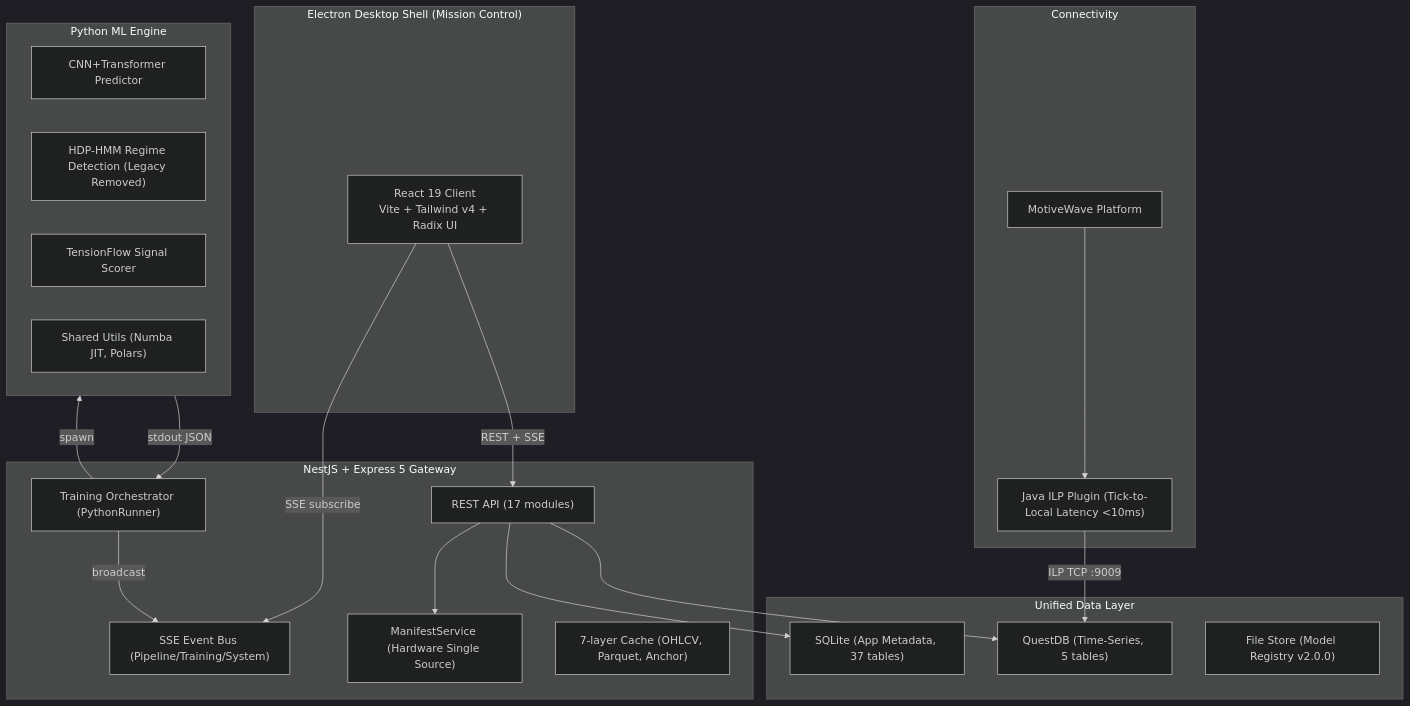
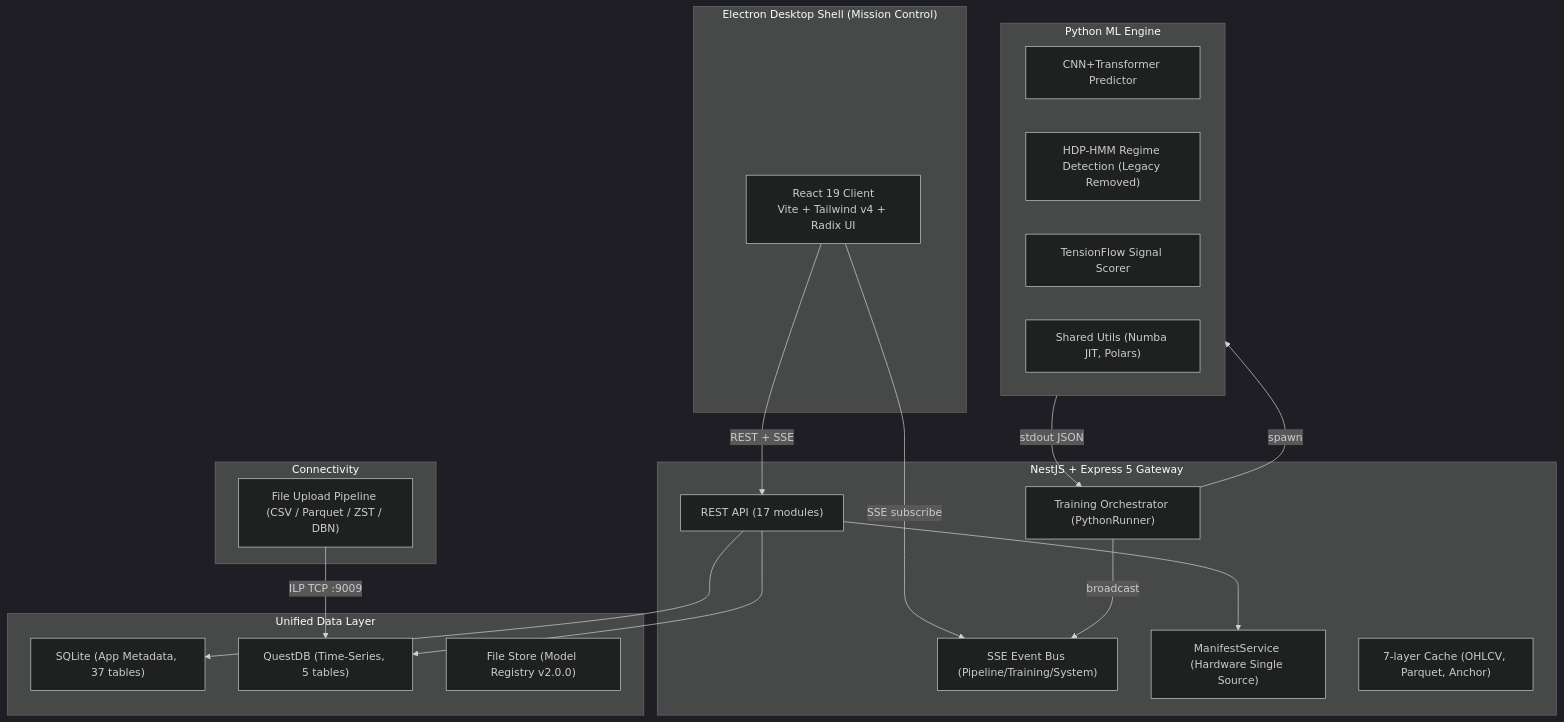
The diagram in README.md (Outtsett/ml_dashboard), drawn with Mermaid (dark theme) before and after one commit. The commit also changed other lines of this file and 1395 other files, not shown here.

````diff
--- a/README.md
+++ b/README.md
@@ -36,43 +35,41 @@
 ```mermaid
 graph TB
     subgraph Desktop["Electron Desktop Shell (Mission Control)"]
         Client["React 19 Client<br/>Vite + Tailwind v4 + Radix UI"]
     end
 
     subgraph Server["NestJS + Express 5 Gateway"]
         API["REST API (17 modules)"]
         SSE["SSE Event Bus (Pipeline/Training/System)"]
         Manifest["ManifestService (Hardware Single Source)"]
         Cache["7-layer Cache (OHLCV, Parquet, Anchor)"]      
         Training["Training Orchestrator (PythonRunner)"]
     end
 
     subgraph ML["Python ML Engine"]
         CNN["CNN+Transformer Predictor"]
         HDP["HDP-HMM Regime Detection (Legacy Removed)"]
         TF["TensionFlow Signal Scorer"]
         Shared["Shared Utils (Numba JIT, Polars)"]
     end
 
     subgraph Data["Unified Data Layer"]
         SQLite["SQLite (App Metadata, 37 tables)"]
         QuestDB["QuestDB (Time-Series, 5 tables)"]
         Files["File Store (Model Registry v2.0.0)"]
     end
 
     subgraph External["Connectivity"]
-        MW["MotiveWave Platform"]
-        MWPlugin["Java ILP Plugin (Tick-to-Local Latency <10ms)"]
+        Upload["File Upload Pipeline (CSV / Parquet / ZST / DBN)"]
     end
 
     Client -->|REST + SSE| API
     Client -->|SSE subscribe| SSE
     API --> Manifest
     API --> SQLite
     API --> QuestDB
     Training -->|spawn| ML
     ML -->|stdout JSON| Training
     Training -->|broadcast| SSE
-    MW --> MWPlugin
-    MWPlugin -->|ILP TCP :9009| QuestDB
+    Upload -->|ILP TCP :9009| QuestDB
 ```
````
